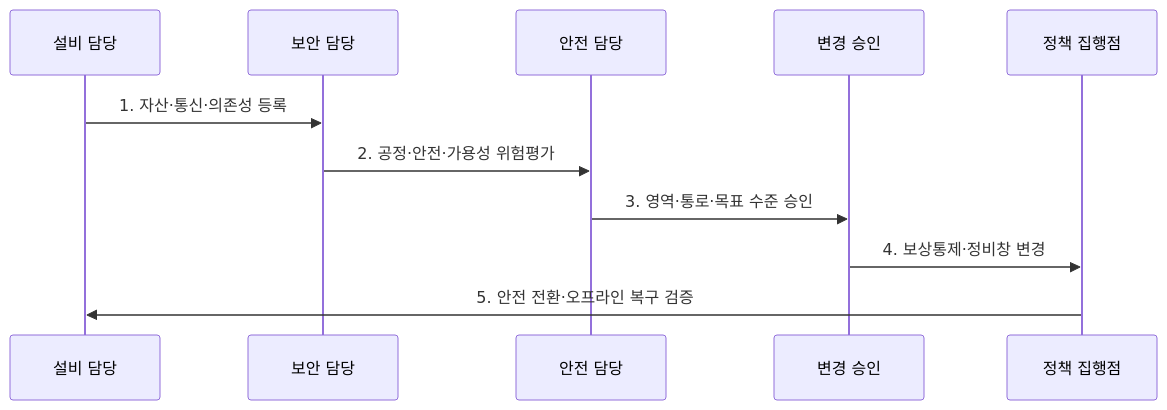
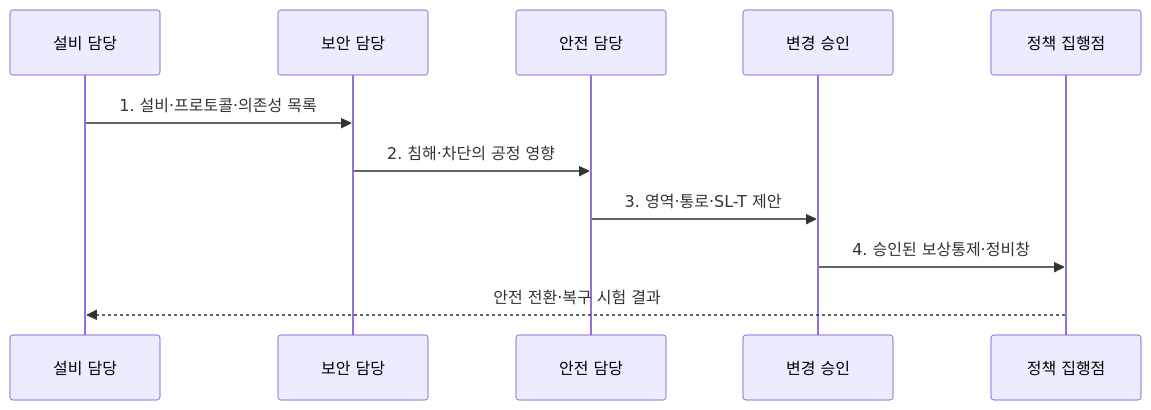
Before and after one commit to agnusdei1207/knowledge-base: the second of 2 diagrams in src/content/docs/notes/05-security/133_ot_security_smart_factory.md, drawn with Mermaid. The commit also changed other lines of this file and 20 other files, not shown here.

````diff
--- a/src/content/docs/notes/05-security/133_ot_security_smart_factory.md
+++ b/src/content/docs/notes/05-security/133_ot_security_smart_factory.md
@@ -83,13 +87,13 @@
 ```mermaid
 sequenceDiagram
   participant O as 설비 담당
   participant S as 보안 담당
   participant A as 안전 담당
   participant C as 변경 승인
   participant E as 정책 집행점
-  O->>S: 1. 자산·통신·의존성 등록
-  S->>A: 2. 공정·안전·가용성 위험평가
-  A->>C: 3. 영역·통로·목표 수준 승인
-  C->>E: 4. 보상통제·정비창 변경
-  E->>O: 5. 안전 전환·오프라인 복구 검증
+  O->>S: 1. 설비·프로토콜·의존성 목록
+  S->>A: 2. 침해·차단의 공정 영향
+  A->>C: 3. 영역·통로·SL-T 제안
+  C->>E: 4. 승인된 보상통제·정비창
+  E-->>O: 안전 전환·복구 시험 결과
 ```
````
